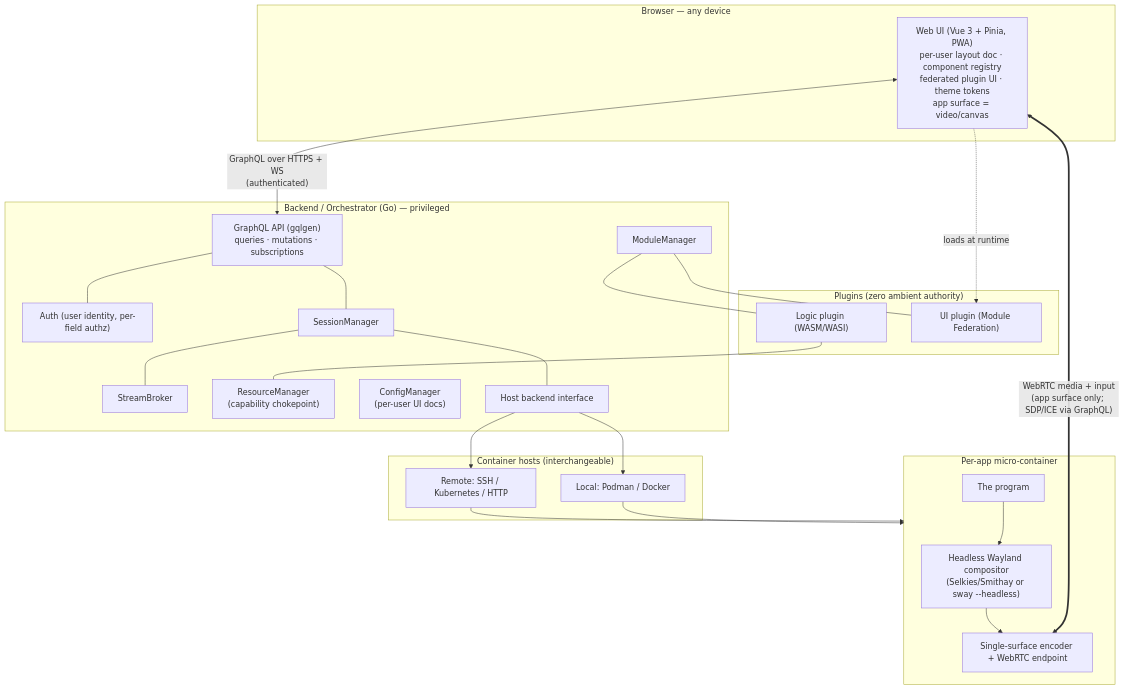
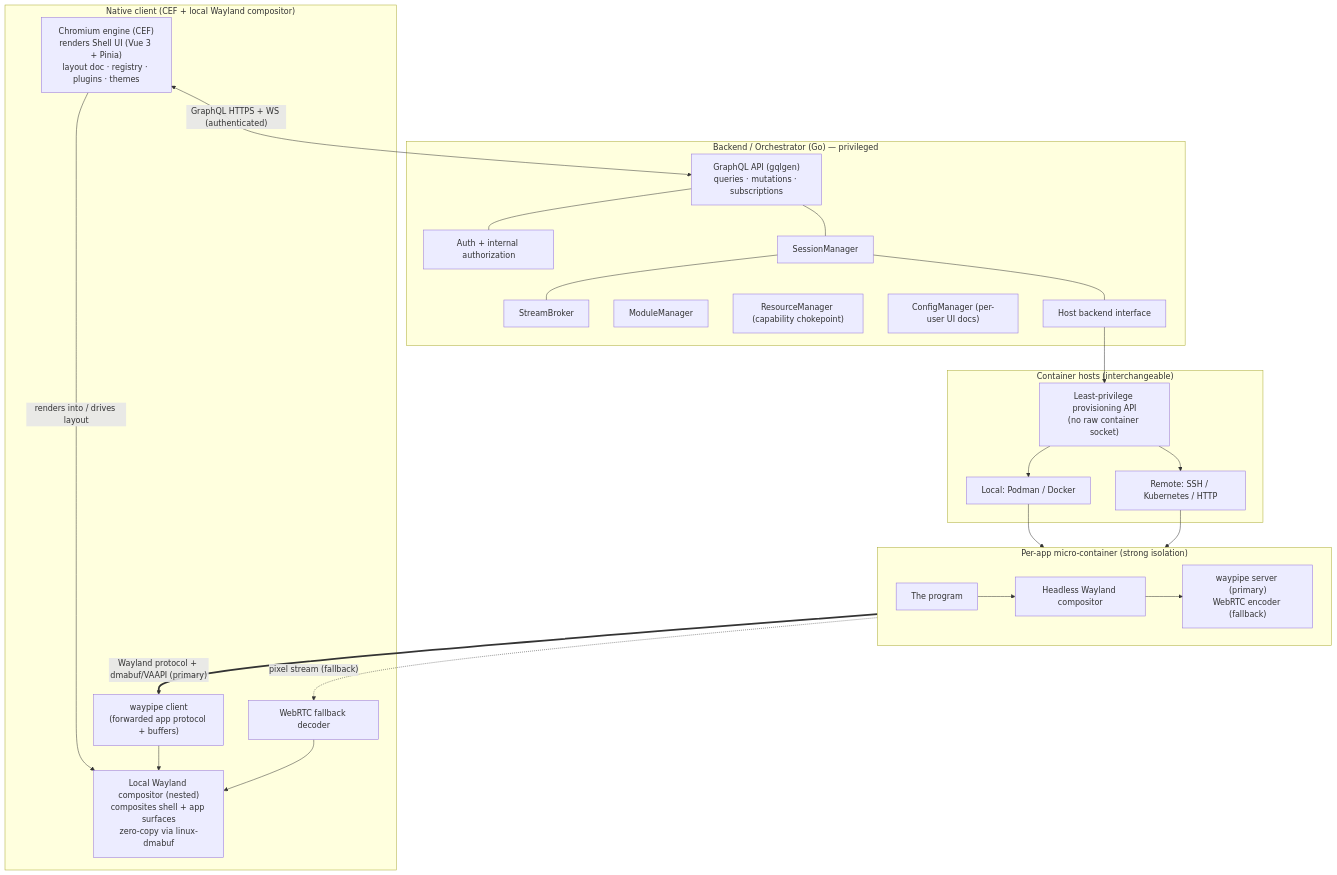
The first of 3 diagrams in docs/ARCHITECTURE.md (Asteb612/SandboxDesktop), drawn with Mermaid before and after one commit. The commit also changed other lines of this file and 7 other files, not shown here.

First line of the commit message:
Pivot to native client: CEF + local Wayland compositor; forwarding-first transport

````diff
--- a/docs/ARCHITECTURE.md
+++ b/docs/ARCHITECTURE.md
@@ -31,49 +38,49 @@
 ```mermaid
 flowchart TB
-    subgraph Browser["Browser — any device"]
-        UI["Web UI (Vue 3 + Pinia, PWA)\nper-user layout doc · component registry\nfederated plugin UI · theme tokens\napp surface = video/canvas"]
+    subgraph Client["Native client (CEF + local Wayland compositor)"]
+        CEF["Chromium engine (CEF)\nrenders Shell UI (Vue 3 + Pinia)\nlayout doc · registry · plugins · themes"]
+        LWC["Local Wayland compositor (nested)\ncomposites shell + app surfaces\nzero-copy via linux-dmabuf"]
+        WP["waypipe client\n(forwarded app protocol + buffers)"]
+        RTC["WebRTC fallback decoder"]
     end
 
     subgraph Core["Backend / Orchestrator (Go) — privileged"]
         GQL["GraphQL API (gqlgen)\nqueries · mutations · subscriptions"]
-        AUTH["Auth (user identity, per-field authz)"]
+        AUTH["Auth + internal authorization"]
         SM["SessionManager"]
         SB["StreamBroker"]
         MM["ModuleManager"]
-        RM["ResourceManager\n(capability chokepoint)"]
-        CM["ConfigManager\n(per-user UI docs)"]
+        RM["ResourceManager (capability chokepoint)"]
+        CM["ConfigManager (per-user UI docs)"]
         HB["Host backend interface"]
     end
 
-    subgraph Plugins["Plugins (zero ambient authority)"]
-        WASMP["Logic plugin (WASM/WASI)"]
-        FEP["UI plugin (Module Federation)"]
-    end
-
     subgraph Hosts["Container hosts (interchangeable)"]
+        PROV["Least-privilege provisioning API\n(no raw container socket)"]
         LOCAL["Local: Podman / Docker"]
         REMOTE["Remote: SSH / Kubernetes / HTTP"]
     end
 
-    subgraph App["Per-app micro-container"]
-        COMP["Headless Wayland compositor\n(Selkies/Smithay or sway --headless)"]
+    subgraph App["Per-app micro-container (strong isolation)"]
+        COMP["Headless Wayland compositor"]
         PROG["The program"]
-        ENC["Single-surface encoder + WebRTC endpoint"]
+        EP["waypipe server (primary)\nWebRTC encoder (fallback)"]
     end
 
-    UI <-->|"GraphQL over HTTPS + WS\n(authenticated)"| GQL
-    UI <==>|"WebRTC media + input\n(app surface only; SDP/ICE via GraphQL)"| ENC
-    UI -. "loads at runtime" .-> FEP
+    CEF <-->|"GraphQL HTTPS + WS (authenticated)"| GQL
+    CEF -->|"renders into / drives layout"| LWC
+    WP --> LWC
+    RTC --> LWC
+    App ==>|"Wayland protocol + dmabuf/VAAPI (primary)"| WP
+    App -.->|"pixel stream (fallback)"| RTC
     GQL --- AUTH
     GQL --- SM
     SM --- SB
     SM --- HB
-    MM --- WASMP
-    MM --- FEP
-    WASMP --- RM
-    HB --> LOCAL
-    HB --> REMOTE
+    HB --> PROV
+    PROV --> LOCAL
+    PROV --> REMOTE
     LOCAL --> App
     REMOTE --> App
-    PROG --> COMP --> ENC
+    PROG --> COMP --> EP
 ```
````
